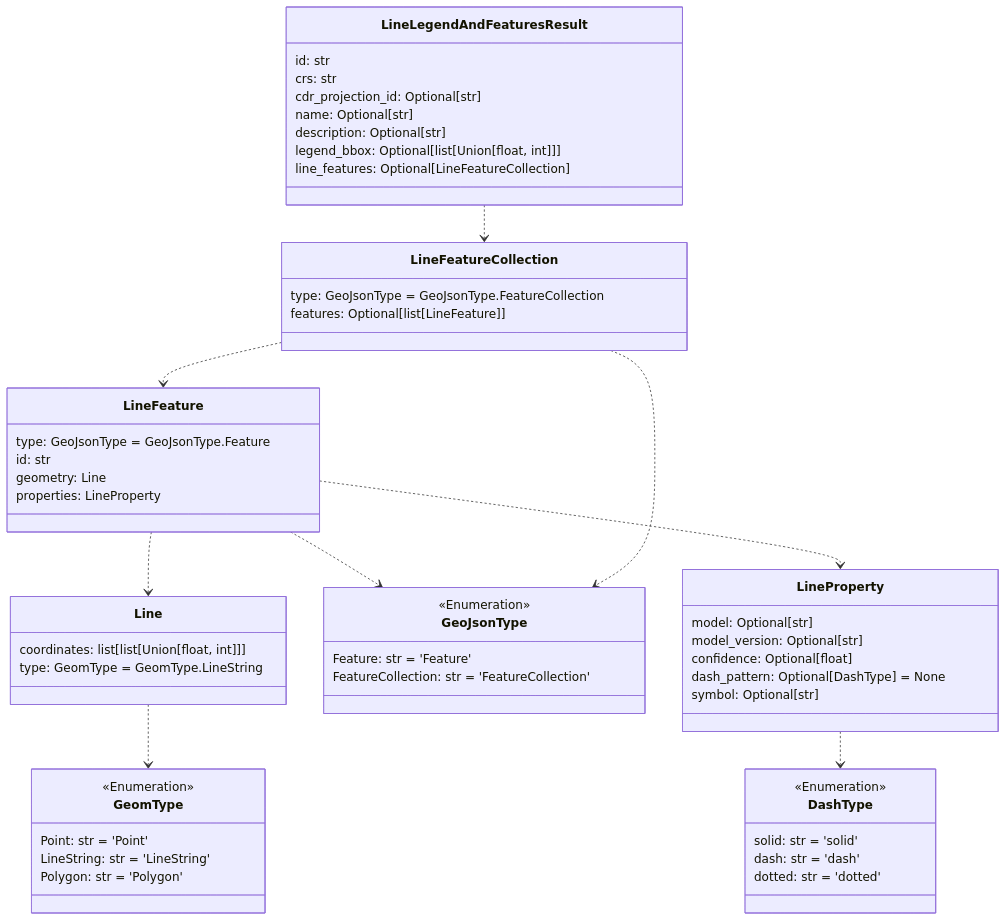
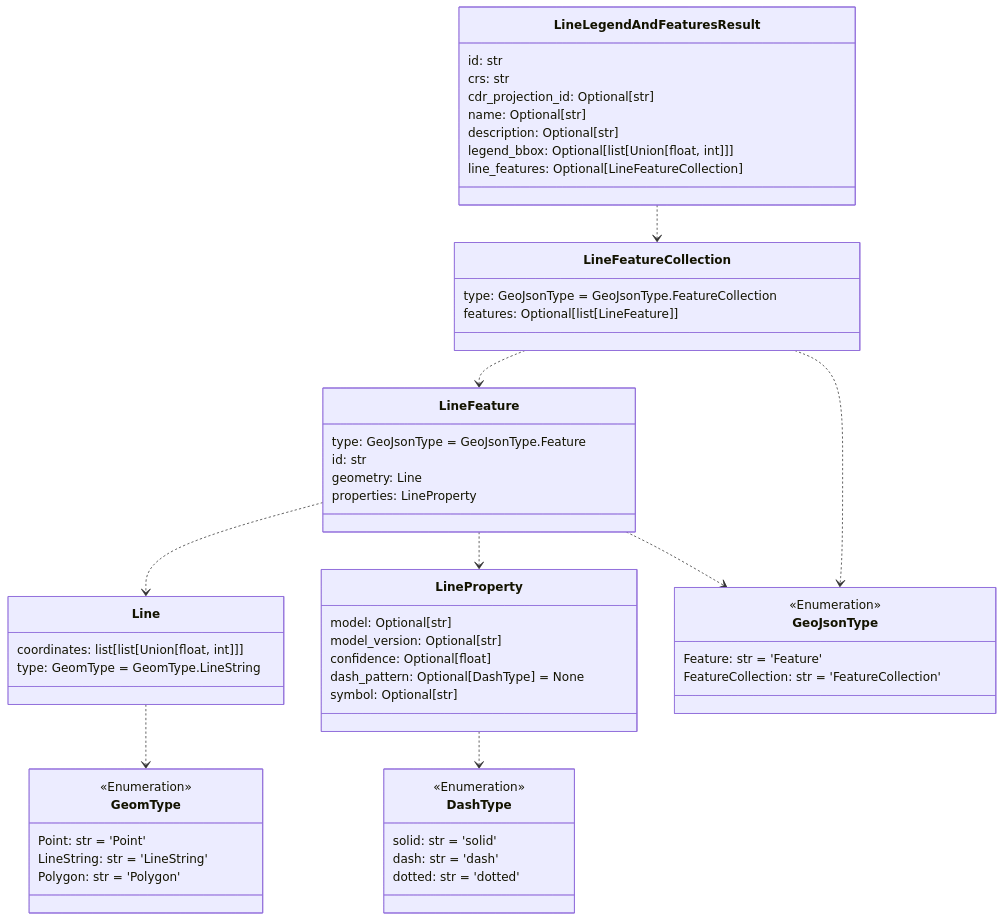
The fifth of 6 diagrams in README.md (DARPA-CRITICALMAAS/cdr_schemas), drawn with Mermaid before and after one commit. The commit also changed other lines of this file, not shown here.

````diff
--- a/README.md
+++ b/README.md
@@ -338,69 +337,69 @@
 ```mermaid
 classDiagram
+
+    class LineProperty {
+        model: Optional[str]
+        model_version: Optional[str]
+        confidence: Optional[float]
+        dash_pattern: Optional[DashType] = None
+        symbol: Optional[str]
+    }
+
+    class LineFeature {
+        type: GeoJsonType = GeoJsonType.Feature
+        id: str
+        geometry: Line
+        properties: LineProperty
+    }
 
     class Line {
         coordinates: list[list[Union[float, int]]]
         type: GeomType = GeomType.LineString
     }
 
-    class GeomType {
+    class DashType {
         <<Enumeration>>
-        Point: str = 'Point'
-        LineString: str = 'LineString'
-        Polygon: str = 'Polygon'
+        solid: str = 'solid'
+        dash: str = 'dash'
+        dotted: str = 'dotted'
     }
 
     class GeoJsonType {
         <<Enumeration>>
         Feature: str = 'Feature'
         FeatureCollection: str = 'FeatureCollection'
     }
 
-    class LineProperty {
-        model: Optional[str]
-        model_version: Optional[str]
-        confidence: Optional[float]
-        dash_pattern: Optional[DashType] = None
-        symbol: Optional[str]
+    class GeomType {
+        <<Enumeration>>
+        Point: str = 'Point'
+        LineString: str = 'LineString'
+        Polygon: str = 'Polygon'
     }
 
     class LineLegendAndFeaturesResult {
         id: str
         crs: str
         cdr_projection_id: Optional[str]
         name: Optional[str]
         description: Optional[str]
         legend_bbox: Optional[list[Union[float, int]]]
         line_features: Optional[LineFeatureCollection]
     }
 
     class LineFeatureCollection {
         type: GeoJsonType = GeoJsonType.FeatureCollection
         features: Optional[list[LineFeature]]
     }
 
-    class LineFeature {
-        type: GeoJsonType = GeoJsonType.Feature
-        id: str
-        geometry: Line
-        properties: LineProperty
-    }
-
-    class DashType {
-        <<Enumeration>>
-        solid: str = 'solid'
-        dash: str = 'dash'
-        dotted: str = 'dotted'
-    }
-
     Line ..> GeomType
     LineProperty ..> DashType
     LineFeature ..> Line
+    LineFeature ..> LineProperty
     LineFeature ..> GeoJsonType
-    LineFeature ..> LineProperty
     LineFeatureCollection ..> LineFeature
     LineFeatureCollection ..> GeoJsonType
     LineLegendAndFeaturesResult ..> LineFeatureCollection
 
 
 ```
````
